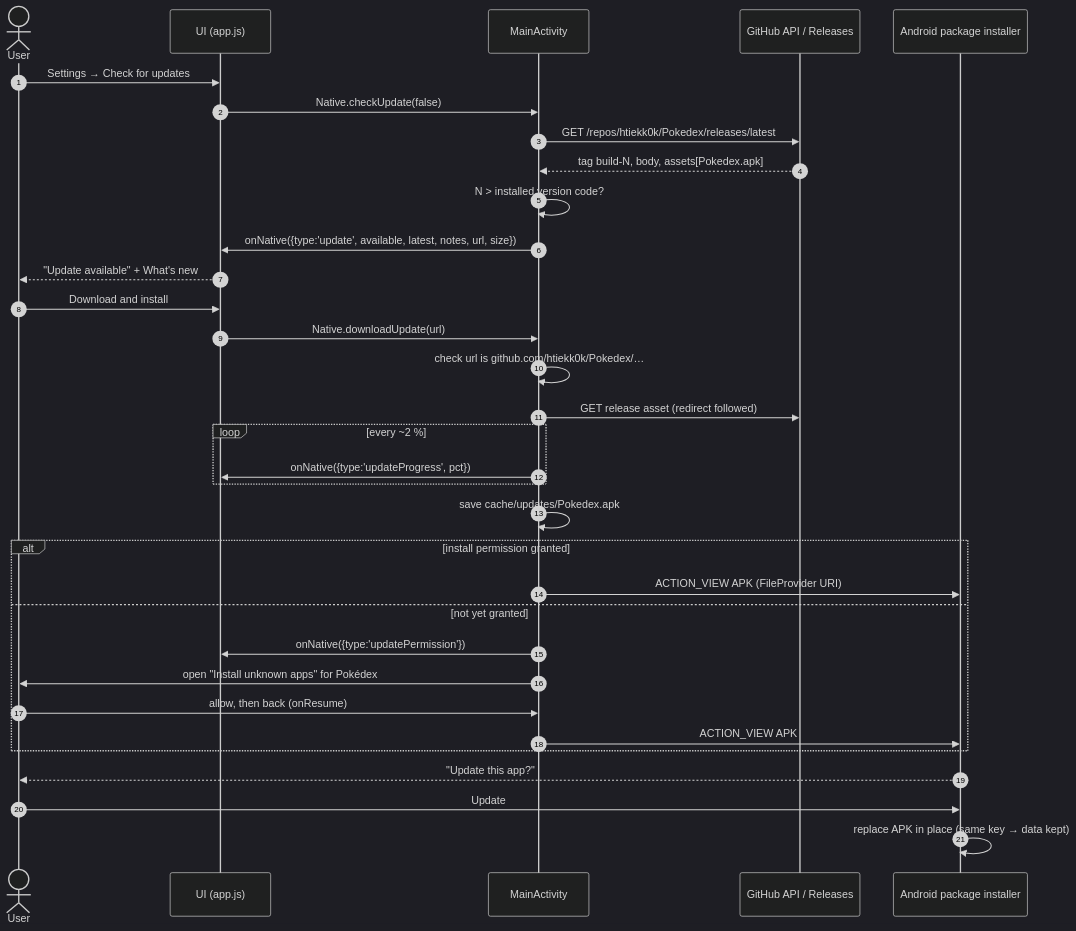
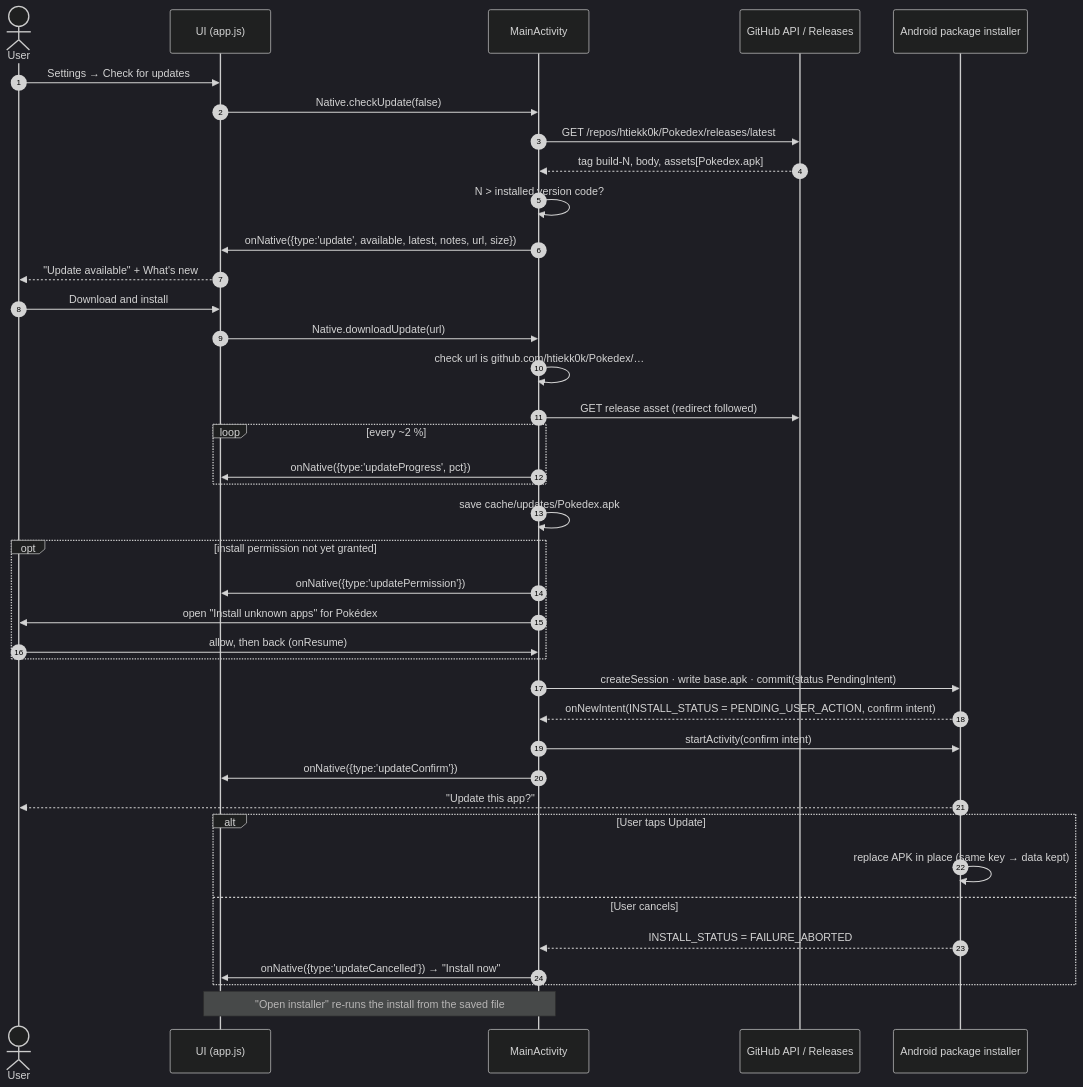
One commit to htiekk0k/Pokedex changed the fifth of 6 diagrams in docs/diagrams/sequence-diagrams.md. Above: the diagram before and after it, drawn with Mermaid (dark theme). The commit also changed 4 other files, not shown here.

````diff
--- a/docs/diagrams/sequence-diagrams.md
+++ b/docs/diagrams/sequence-diagrams.md
@@ -150,36 +150,42 @@
 ```mermaid
 sequenceDiagram
   autonumber
   actor User
   participant UI as UI (app.js)
   participant Activity as MainActivity
   participant GH as GitHub API / Releases
   participant PI as Android package installer
 
   User->>UI: Settings → Check for updates
   UI->>Activity: Native.checkUpdate(false)
   Activity->>GH: GET /repos/htiekk0k/Pokedex/releases/latest
   GH-->>Activity: tag build-N, body, assets[Pokedex.apk]
   Activity->>Activity: N > installed version code?
   Activity->>UI: onNative({type:'update', available, latest, notes, url, size})
   UI-->>User: "Update available" + What's new
   User->>UI: Download and install
   UI->>Activity: Native.downloadUpdate(url)
   Activity->>Activity: check url is github.com/htiekk0k/Pokedex/…
   Activity->>GH: GET release asset (redirect followed)
   loop every ~2 %
     Activity->>UI: onNative({type:'updateProgress', pct})
   end
   Activity->>Activity: save cache/updates/Pokedex.apk
-  alt install permission granted
-    Activity->>PI: ACTION_VIEW APK (FileProvider URI)
-  else not yet granted
+  opt install permission not yet granted
     Activity->>UI: onNative({type:'updatePermission'})
     Activity->>User: open "Install unknown apps" for Pokédex
     User->>Activity: allow, then back (onResume)
-    Activity->>PI: ACTION_VIEW APK
   end
+  Activity->>PI: createSession · write base.apk · commit(status PendingIntent)
+  PI-->>Activity: onNewIntent(INSTALL_STATUS = PENDING_USER_ACTION, confirm intent)
+  Activity->>PI: startActivity(confirm intent)
+  Activity->>UI: onNative({type:'updateConfirm'})
   PI-->>User: "Update this app?"
-  User->>PI: Update
-  PI->>PI: replace APK in place (same key → data kept)
+  alt User taps Update
+    PI->>PI: replace APK in place (same key → data kept)
+  else User cancels
+    PI-->>Activity: INSTALL_STATUS = FAILURE_ABORTED
+    Activity->>UI: onNative({type:'updateCancelled'}) → "Install now"
+  end
+  Note over UI,Activity: "Open installer" re-runs the install from the saved file
 ```
````
